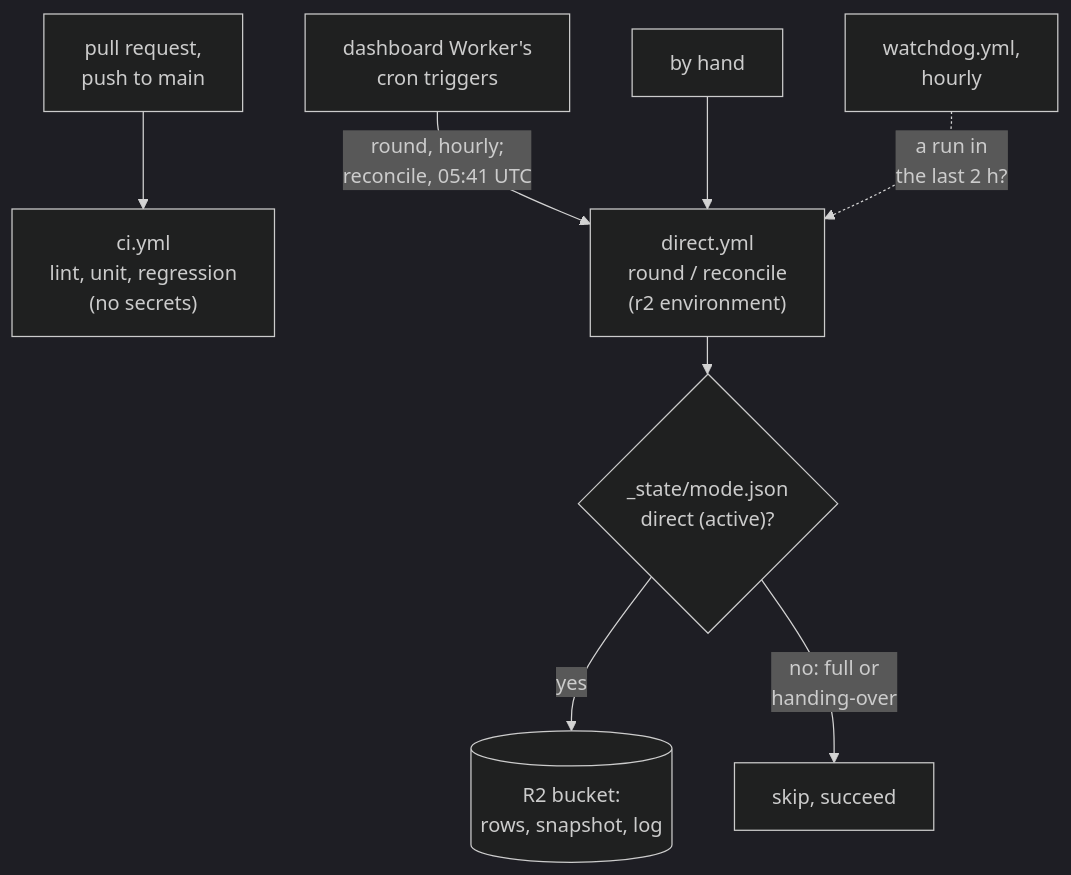
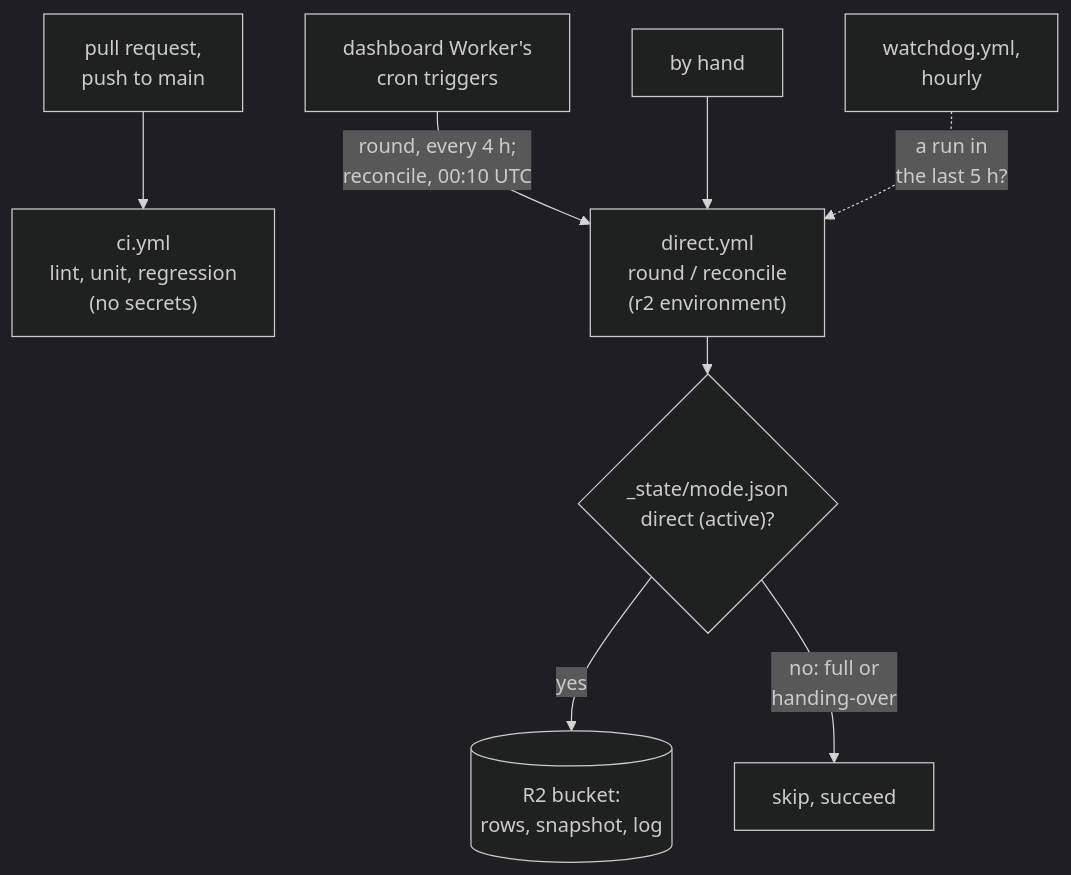
One commit to dienarvaez1/earth-hub changed the diagram in docs/technical/ci.md. Above: the diagram before and after it, drawn with Mermaid (dark theme). The commit also changed other lines of this file and 33 other files, not shown here.

First line of the commit message:
feat: /eh-reconcile for any range by day, month or year; direct rounds every 4 hours; DEF-066 and DEF-067 (open); DEF-064/065 fixed in #69 (#70)

````diff
--- a/docs/technical/ci.md
+++ b/docs/technical/ci.md
@@ -7,11 +7,11 @@
 ```mermaid
 %%{init: {"flowchart": {"rankSpacing": 30, "nodeSpacing": 50}}}%%
 flowchart TB
     pr["pull request,<br/>push to main"] --> ci["ci.yml<br/>lint, unit, regression<br/>(no secrets)"]
-    trigger["dashboard Worker's<br/>cron triggers"] -- "round, hourly;<br/>reconcile, 05:41 UTC" --> direct["direct.yml<br/>round / reconcile<br/>(r2 environment)"]
+    trigger["dashboard Worker's<br/>cron triggers"] -- "round, every 4 h;<br/>reconcile, 00:10 UTC" --> direct["direct.yml<br/>round / reconcile<br/>(r2 environment)"]
     hand["by hand"] --> direct
-    watchdog["watchdog.yml,<br/>hourly"] -. "a run in<br/>the last 2 h?" .-> direct
+    watchdog["watchdog.yml,<br/>hourly"] -. "a run in<br/>the last 5 h?" .-> direct
     direct --> check{"_state/mode.json<br/>direct (active)?"}
     check -- yes --> r2[("R2 bucket:<br/>rows, snapshot, log")]
     check -- "no: full or<br/>handing-over" --> skip["skip, succeed"]
 ```
````
